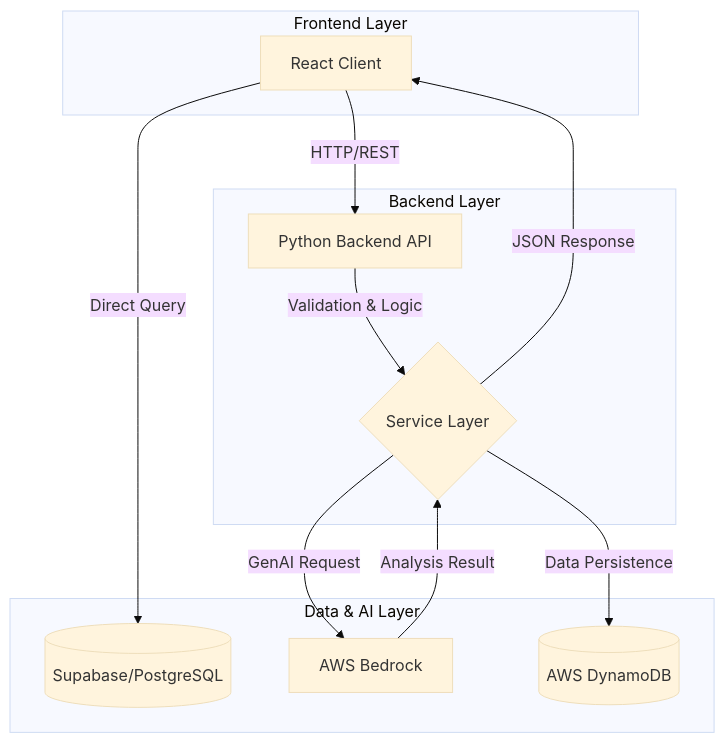
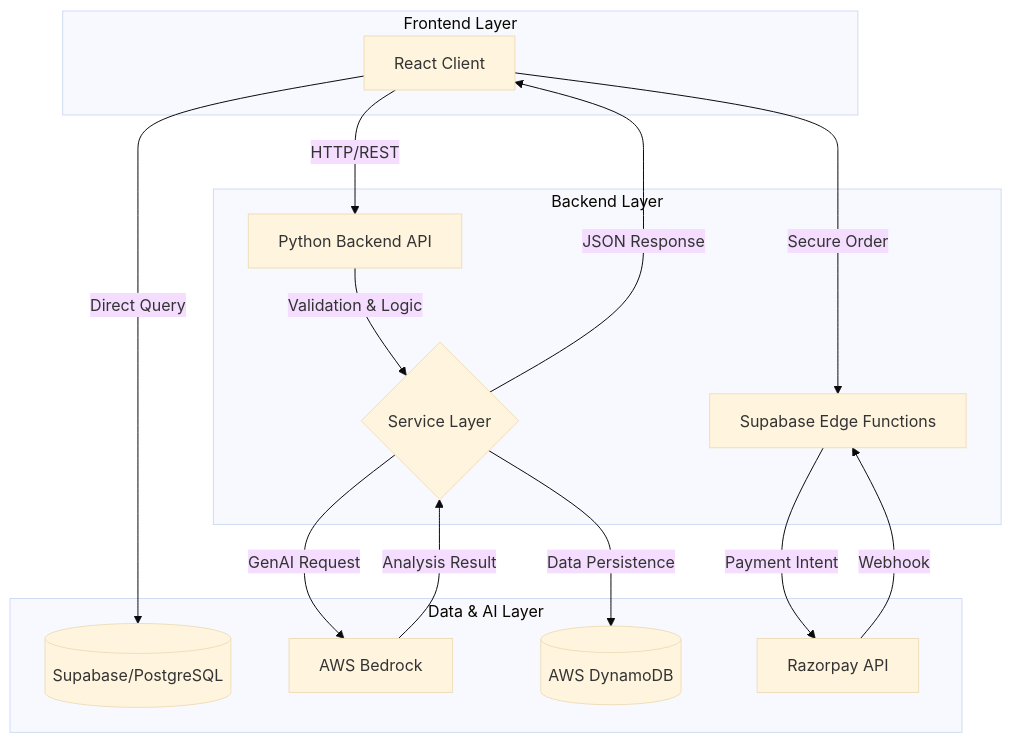
Before and after one commit to harikrishna-au/accenture-mono-canvas: the diagram in README.md, drawn with Mermaid (base theme). The commit also changed other lines of this file, not shown here.

Commit message:
docs: Add serverless payment architecture with Razorpay to README

````diff
--- a/README.md
+++ b/README.md
@@ -34,27 +34,33 @@
 ```mermaid
 graph TD
     Client[React Client] -->|HTTP/REST| API[Python Backend API]
     Client -->|Direct Query| DB[(Supabase/PostgreSQL)]
+    Client -->|Secure Order| Edge[Supabase Edge Functions]
     
     API -->|Validation & Logic| Logic{Service Layer}
     Logic -->|GenAI Request| Bedrock[AWS Bedrock]
     Logic -->|Data Persistence| DynamoDB[(AWS DynamoDB)]
+    
+    Edge -->|Payment Intent| Razorpay[Razorpay API]
+    Razorpay -->|Webhook| Edge
     
     Bedrock -->|Analysis Result| Logic
     Logic -->|JSON Response| Client
     
     subgraph "Frontend Layer"
         Client
     end
     
     subgraph "Backend Layer"
         API
         Logic
+        Edge
     end
     
     subgraph "Data & AI Layer"
         DB
         DynamoDB
         Bedrock
+        Razorpay
     end
 ```
````
